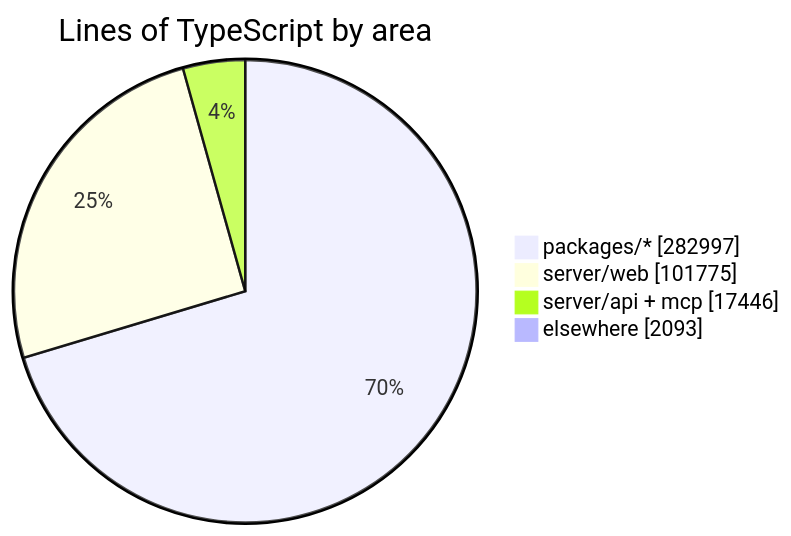
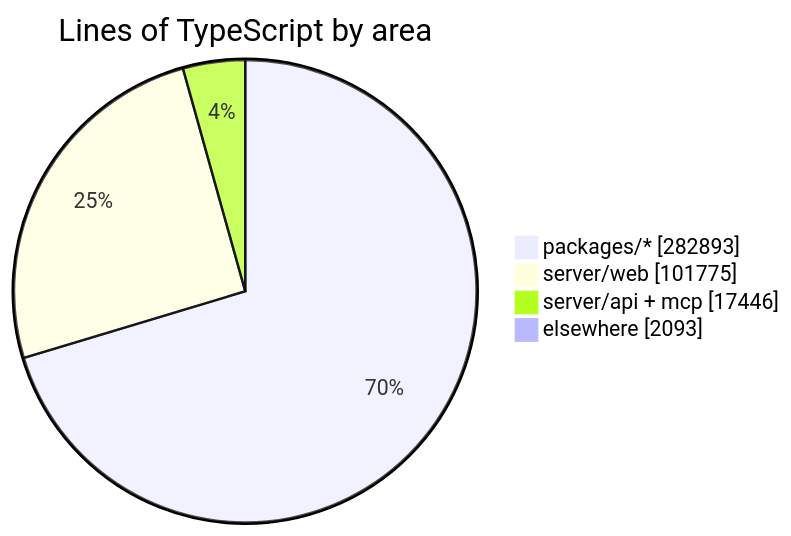
The diagram in README.md (crossworks-engineering/mantle), drawn with Mermaid before and after one commit. The commit also changed other lines of this file and 2 other files, not shown here.

````diff
--- a/README.md
+++ b/README.md
@@ -294,7 +294,7 @@
 ```mermaid
 pie showData title Lines of TypeScript by area
-    "packages/*" : 282997
+    "packages/*" : 282893
     "server/web" : 101775
     "server/api + mcp" : 17446
     "elsewhere" : 2093
 ```
````
